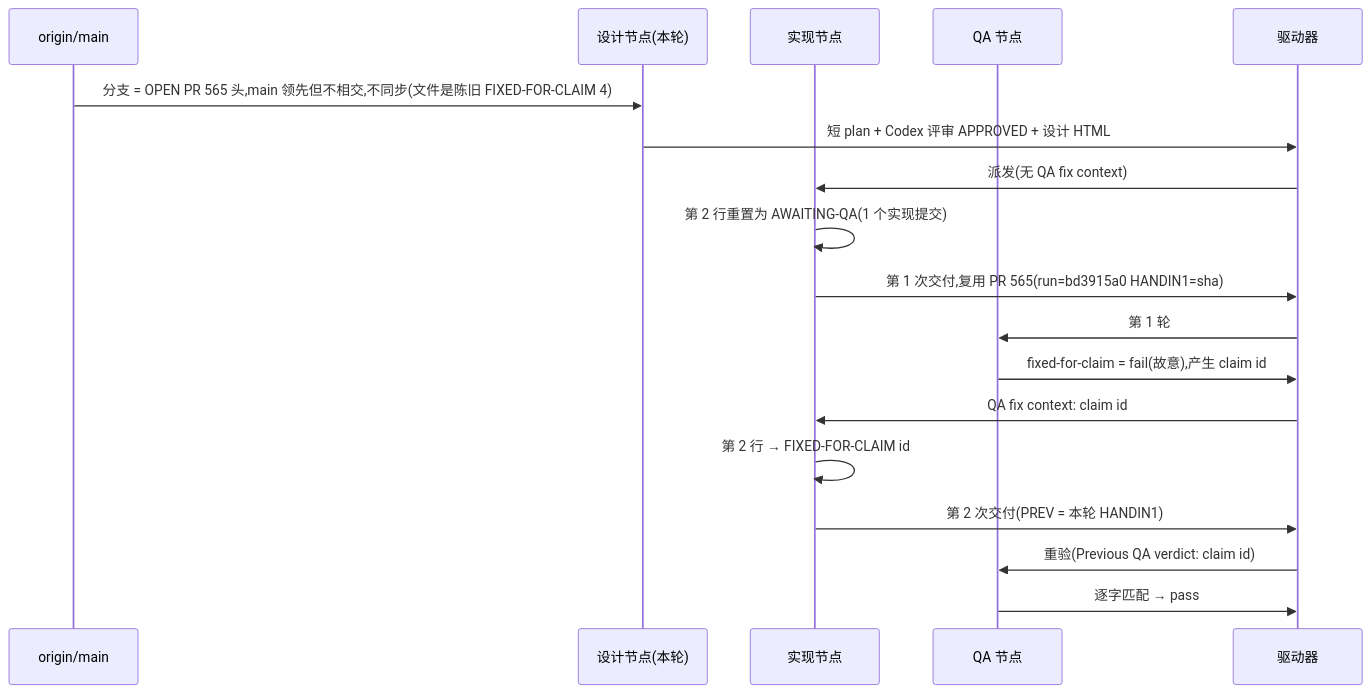
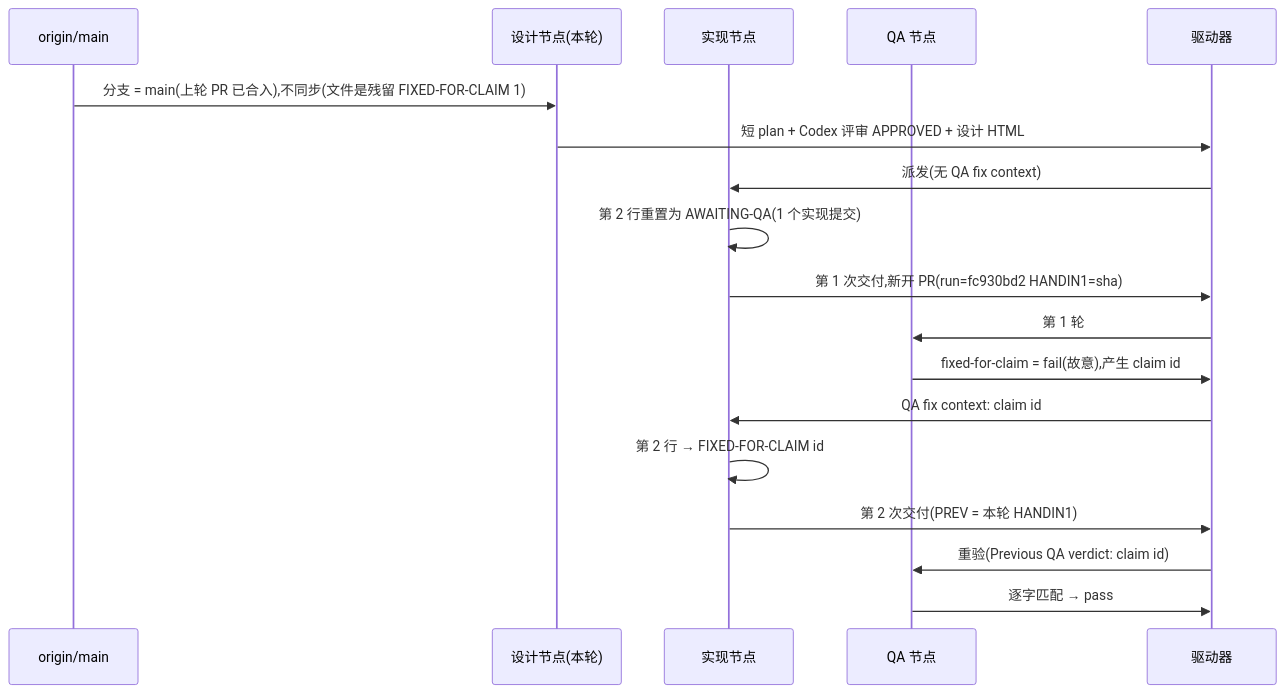
Before and after one commit to xrliAnnie/flywheel-qa-sandbox: the diagram in engineering/doc/FLY-3150-real-runner-drill/d1-core-flow.mmd, drawn with Mermaid. The commit also changed 5 other files, not shown here.

```diff
--- a/engineering/doc/FLY-3150-real-runner-drill/d1-core-flow.mmd
+++ b/engineering/doc/FLY-3150-real-runner-drill/d1-core-flow.mmd
@@ -1,18 +1,18 @@
 sequenceDiagram
     participant M as origin/main
     participant S as 设计节点(本轮)
     participant I as 实现节点
     participant Q as QA 节点
     participant D as 驱动器
-    M->>S: 分支 = OPEN PR 565 头,main 领先但不相交,不同步(文件是陈旧 FIXED-FOR-CLAIM 4)
+    M->>S: 分支 = main(上轮 PR 已合入),不同步(文件是残留 FIXED-FOR-CLAIM 1)
     S->>D: 短 plan + Codex 评审 APPROVED + 设计 HTML
     D->>I: 派发(无 QA fix context)
     I->>I: 第 2 行重置为 AWAITING-QA(1 个实现提交)
-    I->>D: 第 1 次交付,复用 PR 565(run=bd3915a0 HANDIN1=sha)
+    I->>D: 第 1 次交付,新开 PR(run=fc930bd2 HANDIN1=sha)
     D->>Q: 第 1 轮
     Q->>D: fixed-for-claim = fail(故意),产生 claim id
     D->>I: QA fix context: claim id
     I->>I: 第 2 行 → FIXED-FOR-CLAIM id
     I->>D: 第 2 次交付(PREV = 本轮 HANDIN1)
     D->>Q: 重验(Previous QA verdict: claim id)
     Q->>D: 逐字匹配 → pass
```
